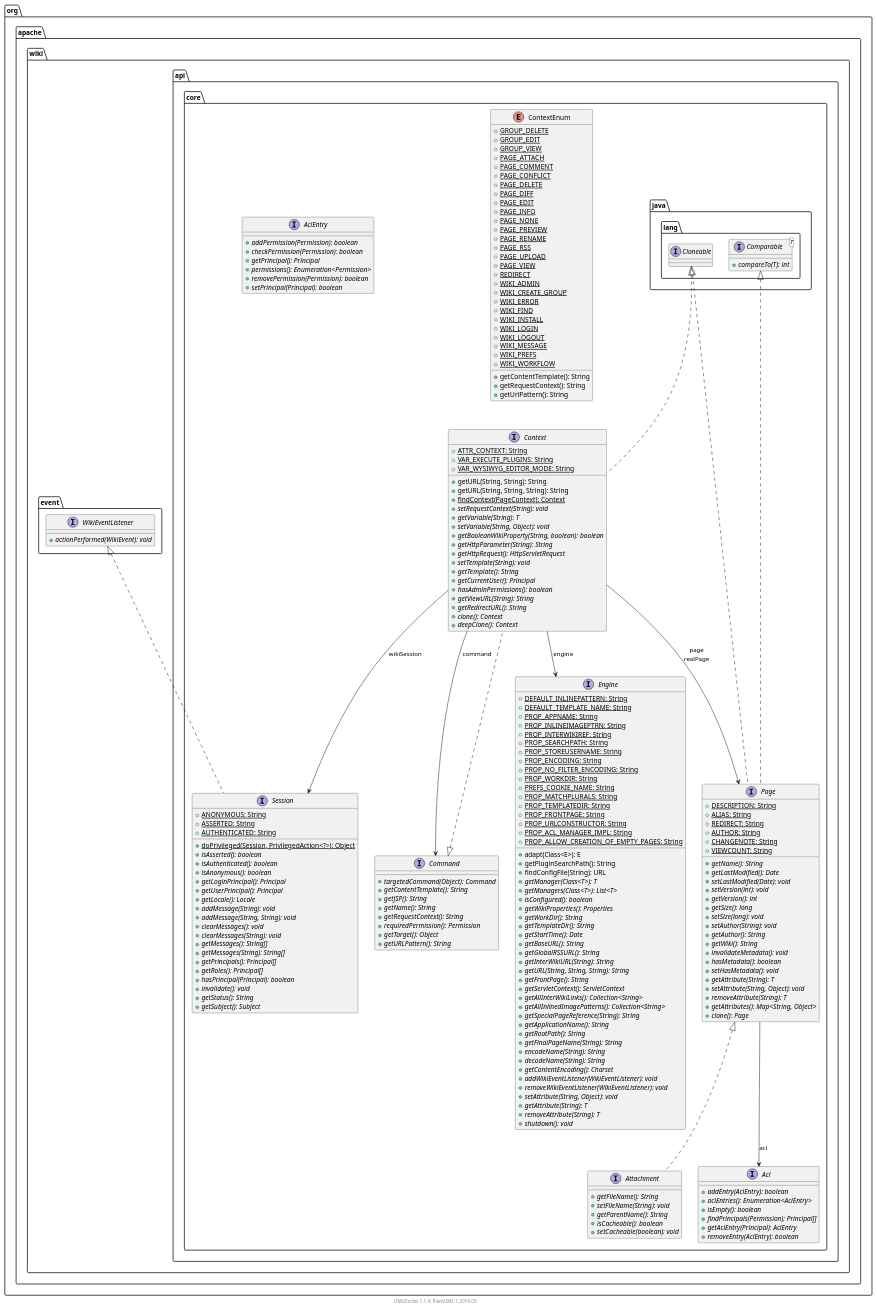
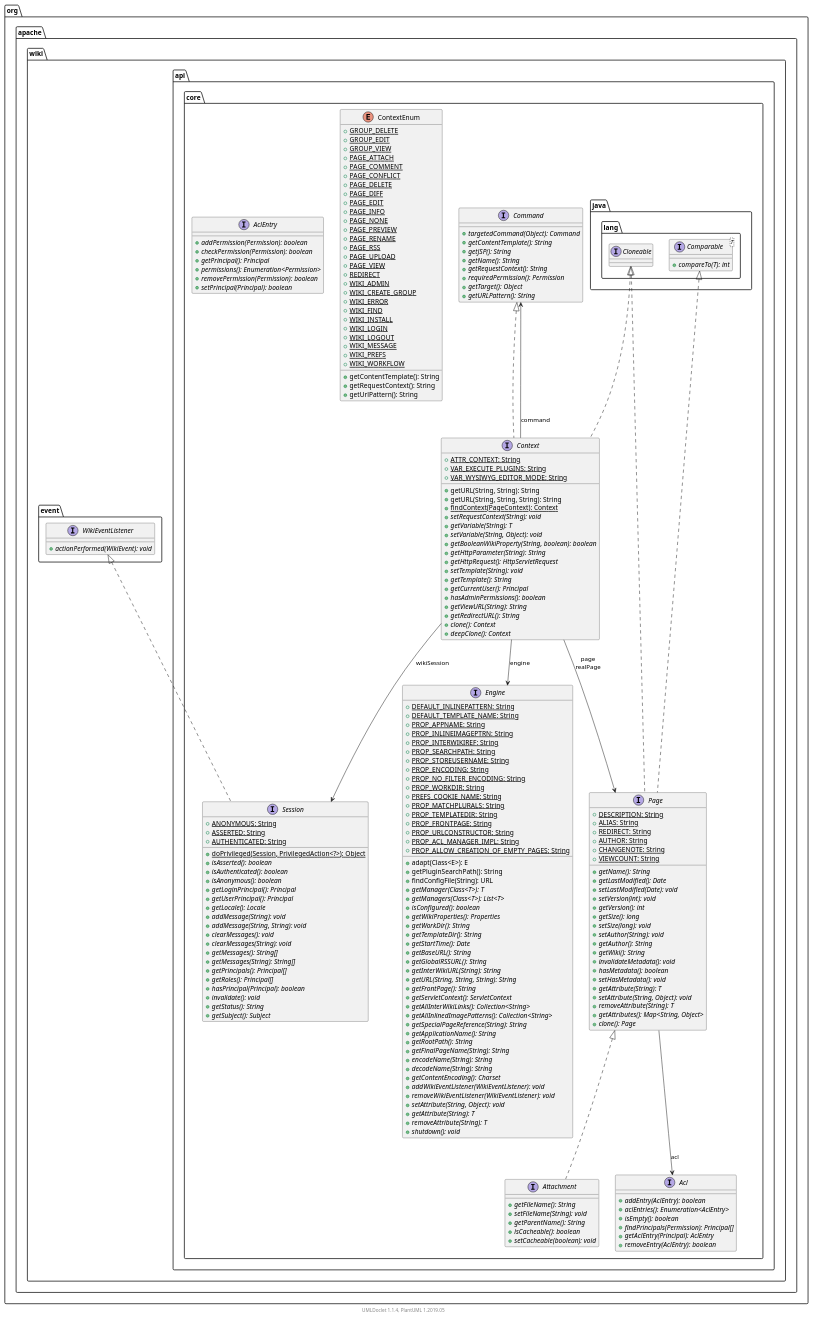
Before and after one commit to apache/jspwiki-site: the diagram in apidocs/2.11.0.M7-SNAPSHOT/org/apache/wiki/api/core/package.puml, drawn with PlantUML. The commit also changed other lines of this file and 1811 other files, not shown here.

```diff
--- a/apidocs/2.11.0.M7-SNAPSHOT/org/apache/wiki/api/core/package.puml
+++ b/apidocs/2.11.0.M7-SNAPSHOT/org/apache/wiki/api/core/package.puml
@@ -2,29 +2,23 @@
 
     namespace org.apache.wiki.api.core {
 
-        interface Session [[Session.html]] {
-            {static} +ANONYMOUS: String
-            {static} +ASSERTED: String
-            {static} +AUTHENTICATED: String
-            {static} +doPrivileged(Session, PrivilegedAction<?>): Object
-            {abstract} +isAsserted(): boolean
-            {abstract} +isAuthenticated(): boolean
-            {abstract} +isAnonymous(): boolean
-            {abstract} +getLoginPrincipal(): Principal
-            {abstract} +getUserPrincipal(): Principal
-            {abstract} +getLocale(): Locale
-            {abstract} +addMessage(String): void
-            {abstract} +addMessage(String, String): void
-            {abstract} +clearMessages(): void
-            {abstract} +clearMessages(String): void
-            {abstract} +getMessages(): String[]
-            {abstract} +getMessages(String): String[]
-            {abstract} +getPrincipals(): Principal[]
-            {abstract} +getRoles(): Principal[]
-            {abstract} +hasPrincipal(Principal): boolean
-            {abstract} +invalidate(): void
-            {abstract} +getStatus(): String
-            {abstract} +getSubject(): Subject
+        interface Command [[Command.html]] {
+            {abstract} +targetedCommand(Object): Command
+            {abstract} +getContentTemplate(): String
+            {abstract} +getJSP(): String
+            {abstract} +getName(): String
+            {abstract} +getRequestContext(): String
+            {abstract} +requiredPermission(): Permission
+            {abstract} +getTarget(): Object
+            {abstract} +getURLPattern(): String
+        }
+
+        interface Attachment [[Attachment.html]] {
+            {abstract} +getFileName(): String
+            {abstract} +setFileName(String): void
+            {abstract} +getParentName(): String
+            {abstract} +isCacheable(): boolean
+            {abstract} +setCacheable(boolean): void
         }
 
         interface Page [[Page.html]] {
@@ -96,6 +90,38 @@
             {abstract} +setPrincipal(Principal): boolean
         }
 
+        interface Acl [[Acl.html]] {
+            {abstract} +addEntry(AclEntry): boolean
+            {abstract} +aclEntries(): Enumeration<AclEntry>
+            {abstract} +isEmpty(): boolean
+            {abstract} +findPrincipals(Permission): Principal[]
+            {abstract} +getAclEntry(Principal): AclEntry
+            {abstract} +removeEntry(AclEntry): boolean
+        }
+
+        interface Context [[Context.html]] {
+            {static} +ATTR_CONTEXT: String
+            {static} +VAR_EXECUTE_PLUGINS: String
+            {static} +VAR_WYSIWYG_EDITOR_MODE: String
+            +getURL(String, String): String
+            +getURL(String, String, String): String
+            {static} +findContext(PageContext): Context
+            {abstract} +setRequestContext(String): void
+            {abstract} +getVariable(String): T
+            {abstract} +setVariable(String, Object): void
+            {abstract} +getBooleanWikiProperty(String, boolean): boolean
+            {abstract} +getHttpParameter(String): String
+            {abstract} +getHttpRequest(): HttpServletRequest
+            {abstract} +setTemplate(String): void
+            {abstract} +getTemplate(): String
+            {abstract} +getCurrentUser(): Principal
+            {abstract} +hasAdminPermissions(): boolean
+            {abstract} +getViewURL(String): String
+            {abstract} +getRedirectURL(): String
+            {abstract} +clone(): Context
+            {abstract} +deepClone(): Context
+        }
+
         interface Engine [[Engine.html]] {
             {static} +DEFAULT_INLINEPATTERN: String
             {static} +DEFAULT_TEMPLATE_NAME: String
@@ -147,61 +173,32 @@
             {abstract} +shutdown(): void
         }
 
-        interface Context [[Context.html]] {
-            {static} +ATTR_CONTEXT: String
-            {static} +VAR_EXECUTE_PLUGINS: String
-            {static} +VAR_WYSIWYG_EDITOR_MODE: String
-            +getURL(String, String): String
-            +getURL(String, String, String): String
-            {static} +findContext(PageContext): Context
-            {abstract} +setRequestContext(String): void
-            {abstract} +getVariable(String): T
-            {abstract} +setVariable(String, Object): void
-            {abstract} +getBooleanWikiProperty(String, boolean): boolean
-            {abstract} +getHttpParameter(String): String
-            {abstract} +getHttpRequest(): HttpServletRequest
-            {abstract} +setTemplate(String): void
-            {abstract} +getTemplate(): String
-            {abstract} +getCurrentUser(): Principal
-            {abstract} +hasAdminPermissions(): boolean
-            {abstract} +getViewURL(String): String
-            {abstract} +getRedirectURL(): String
-            {abstract} +clone(): Context
-            {abstract} +deepClone(): Context
+        interface Session [[Session.html]] {
+            {static} +ANONYMOUS: String
+            {static} +ASSERTED: String
+            {static} +AUTHENTICATED: String
+            {static} +doPrivileged(Session, PrivilegedAction<?>): Object
+            {abstract} +isAsserted(): boolean
+            {abstract} +isAuthenticated(): boolean
+            {abstract} +isAnonymous(): boolean
+            {abstract} +getLoginPrincipal(): Principal
+            {abstract} +getUserPrincipal(): Principal
+            {abstract} +getLocale(): Locale
+            {abstract} +addMessage(String): void
+            {abstract} +addMessage(String, String): void
+            {abstract} +clearMessages(): void
+            {abstract} +clearMessages(String): void
+            {abstract} +getMessages(): String[]
+            {abstract} +getMessages(String): String[]
+            {abstract} +getPrincipals(): Principal[]
+            {abstract} +getRoles(): Principal[]
+            {abstract} +hasPrincipal(Principal): boolean
+            {abstract} +invalidate(): void
+            {abstract} +getStatus(): String
+            {abstract} +getSubject(): Subject
         }
 
-        interface Attachment [[Attachment.html]] {
-            {abstract} +getFileName(): String
-            {abstract} +setFileName(String): void
-            {abstract} +getParentName(): String
-            {abstract} +isCacheable(): boolean
-            {abstract} +setCacheable(boolean): void
-        }
-
-        interface Acl [[Acl.html]] {
-            {abstract} +addEntry(AclEntry): boolean
-            {abstract} +aclEntries(): Enumeration<AclEntry>
-            {abstract} +isEmpty(): boolean
-            {abstract} +findPrincipals(Permission): Principal[]
-            {abstract} +getAclEntry(Principal): AclEntry
-            {abstract} +removeEntry(AclEntry): boolean
-        }
-
-        interface Command [[Command.html]] {
-            {abstract} +targetedCommand(Object): Command
-            {abstract} +getContentTemplate(): String
-            {abstract} +getJSP(): String
-            {abstract} +getName(): String
-            {abstract} +getRequestContext(): String
-            {abstract} +requiredPermission(): Permission
-            {abstract} +getTarget(): Object
-            {abstract} +getURLPattern(): String
-        }
-
-        interface org.apache.wiki.event.WikiEventListener {
-            {abstract} +actionPerformed(WikiEvent): void
-        }
-        org.apache.wiki.event.WikiEventListener <|.. Session
+        Page <|.. Attachment
 
         interface java.lang.Cloneable
         java.lang.Cloneable <|.. Page
@@ -215,7 +212,10 @@
 
         Command <|.. Context
 
-        Page <|.. Attachment
+        interface org.apache.wiki.event.WikiEventListener {
+            {abstract} +actionPerformed(WikiEvent): void
+        }
+        org.apache.wiki.event.WikiEventListener <|.. Session
 
         Page --> Acl: acl
 
```
